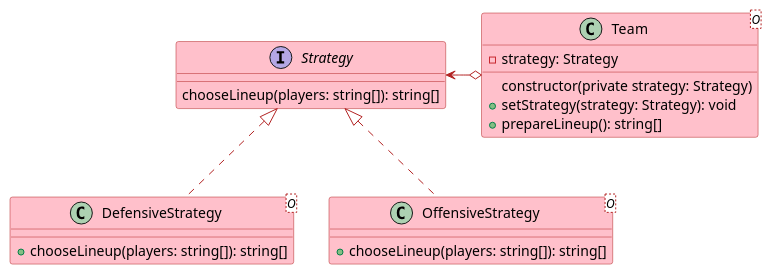
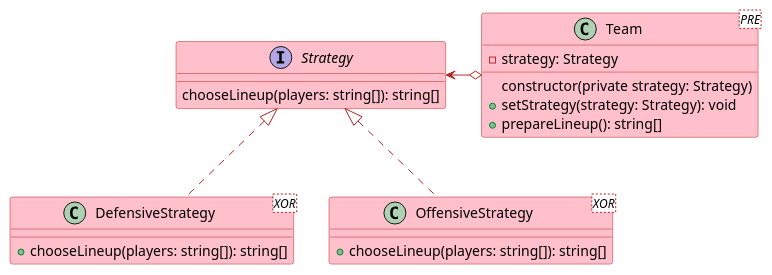
One commit to plkpiotr/design-patterns changed the diagram in src/app/behavioral/strategy/strategy.puml. Above: the diagram before and after it, drawn with PlantUML. The commit also changed 14 other files, not shown here.

```diff
--- a/src/app/behavioral/strategy/strategy.puml
+++ b/src/app/behavioral/strategy/strategy.puml
@@ -1,33 +1,33 @@
 @startuml
 
 skinparam class {
   backgroundColor pink
   arrowColor firebrick
   borderColor firebrick
 }
 
 interface Strategy {
   chooseLineup(players: string[]): string[]
 }
 
-class Team <O> {
+class Team <PRE> {
   - strategy: Strategy
   constructor(private strategy: Strategy)
   + setStrategy(strategy: Strategy): void
   + prepareLineup(): string[]
 }
 
-class DefensiveStrategy <O> {
+class DefensiveStrategy <XOR> {
   + chooseLineup(players: string[]): string[]
 }
 
-class OffensiveStrategy <O> {
+class OffensiveStrategy <XOR> {
   + chooseLineup(players: string[]): string[]
 }
 
 Strategy <-o Team
 
 Strategy <|.. DefensiveStrategy
 Strategy <|.. OffensiveStrategy
 
 @enduml
```
